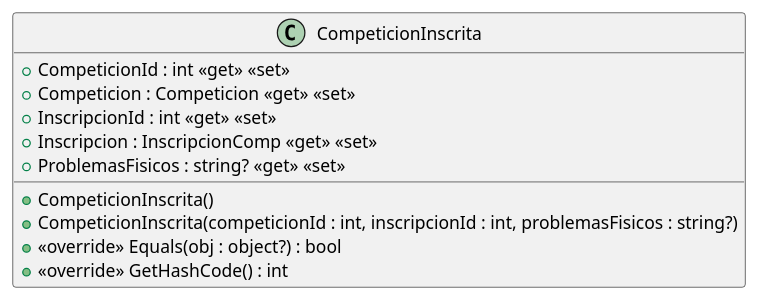
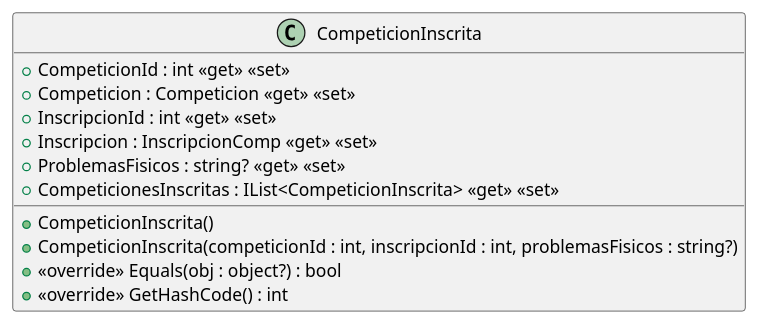
One commit to ISII2627CDGJ/ISII2627CDG changed the diagram in src/AppForSEII.API/ClassDiagram/src/AppForSEII.API/Models/CompeticionInscrita.puml. Above: the diagram before and after it, drawn with PlantUML. The commit also changed 4 other files, not shown here.

```diff
--- a/src/AppForSEII.API/ClassDiagram/src/AppForSEII.API/Models/CompeticionInscrita.puml
+++ b/src/AppForSEII.API/ClassDiagram/src/AppForSEII.API/Models/CompeticionInscrita.puml
@@ -1,13 +1,14 @@
 @startuml
 class CompeticionInscrita {
     + CompeticionId : int <<get>> <<set>>
     + Competicion : Competicion <<get>> <<set>>
     + InscripcionId : int <<get>> <<set>>
     + Inscripcion : InscripcionComp <<get>> <<set>>
     + ProblemasFisicos : string? <<get>> <<set>>
+    + CompeticionesInscritas : IList<CompeticionInscrita> <<get>> <<set>>
     + CompeticionInscrita()
     + CompeticionInscrita(competicionId : int, inscripcionId : int, problemasFisicos : string?)
     + <<override>> Equals(obj : object?) : bool
     + <<override>> GetHashCode() : int
 }
 @enduml
```
